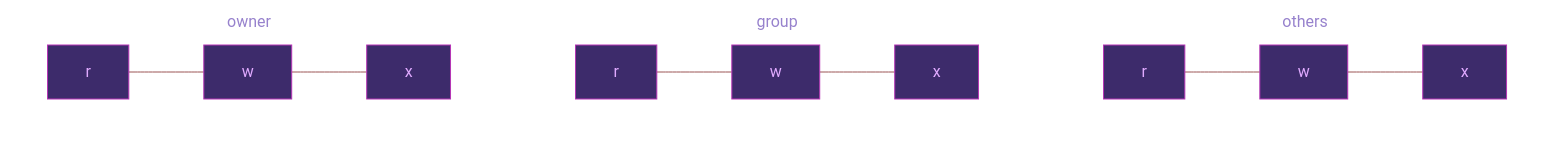
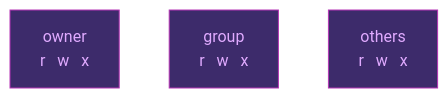
The first of 5 diagrams in src/content/blog/linux/Linux_blog_1.md (shubh1855/my-blog), drawn with Mermaid before and after one commit.

Commit message:
fixed the permission bits diagram issue

````diff
--- a/src/content/blog/linux/Linux_blog_1.md
+++ b/src/content/blog/linux/Linux_blog_1.md
@@ -31,17 +31,5 @@
 ```mermaid
-%%{init: {"theme": "base", "themeVariables": {"primaryColor": "#3d2b6b", "primaryTextColor": "#e0aaff", "primaryBorderColor": "#b535b5", "lineColor": "#9b5555", "background": "#141014", "mainBkg": "#3d2b6b", "actorBkg": "#3d2b6b", "actorBorder": "#b535b5", "actorTextColor": "#e0aaff", "actorLineColor": "#9b5555", "signalColor": "#9b5555", "signalTextColor": "#e0aaff", "labelBoxBkgColor": "#1a0f2e", "labelBoxBorderColor": "#b535b5", "labelTextColor": "#e0aaff", "loopTextColor": "#e0aaff", "noteBkgColor": "#3d2b6b", "noteTextColor": "#e0aaff", "noteBorderColor": "#b535b5", "edgeLabelBackground": "#141014", "clusterBkg": "none", "clusterBorder": "none"}, "themeCSS": "rect.actor { rx: 14; ry: 14; } rect.note { stroke-dasharray: 6,3; rx: 14; ry: 14; } .node rect, .cluster rect { rx: 14; ry: 14; }"}}%%
+%%{init: {"theme": "base", "themeVariables": {"primaryColor": "#3d2b6b", "primaryTextColor": "#e0aaff", "primaryBorderColor": "#b535b5", "lineColor": "#9b5555", "background": "#141014", "mainBkg": "#3d2b6b", "edgeLabelBackground": "#141014"}, "themeCSS": ".node rect { rx: 14; ry: 14; }"}}%%
 flowchart LR
-    subgraph owner
-        direction LR
-        o_r["&nbsp; r &nbsp;"] --- o_w["&nbsp; w &nbsp;"] --- o_x["&nbsp; x &nbsp;"]
-    end
-    subgraph group
-        direction LR
-        g_r["&nbsp; r &nbsp;"] --- g_w["&nbsp; w &nbsp;"] --- g_x["&nbsp; x &nbsp;"]
-    end
-    subgraph others
-        direction LR
-        ot_r["&nbsp; r &nbsp;"] --- ot_w["&nbsp; w &nbsp;"] --- ot_x["&nbsp; x &nbsp;"]
-    end
-    owner ~~~ group ~~~ others
+    O["owner<br/>r &nbsp; w &nbsp; x"] ~~~ G["group<br/>r &nbsp; w &nbsp; x"] ~~~ OT["others<br/>r &nbsp; w &nbsp; x"]
 ```
````
